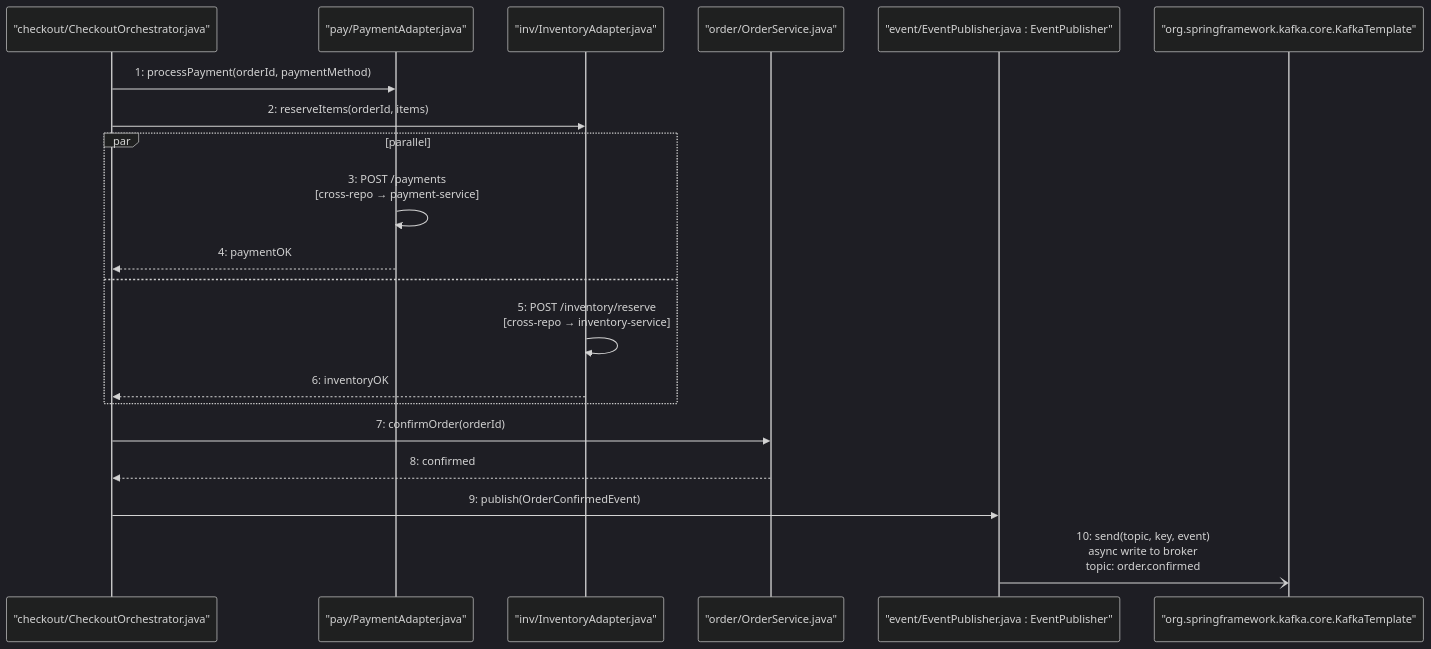
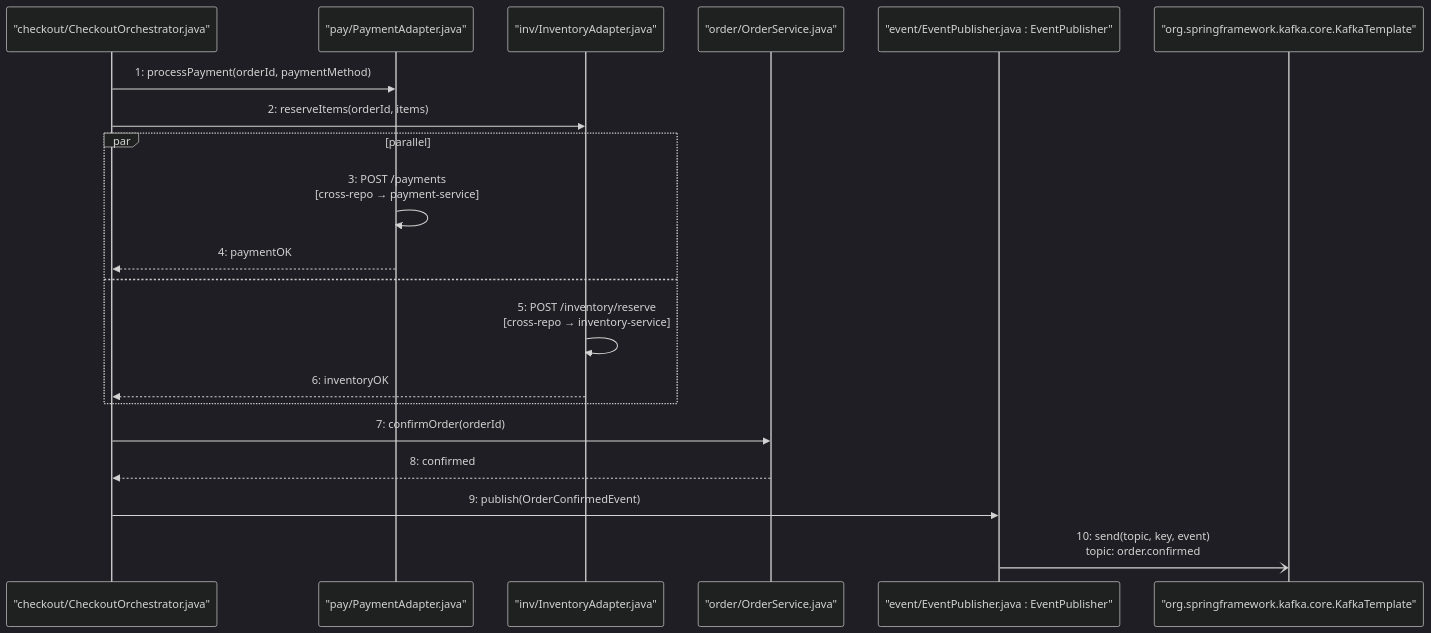
One commit to sjmyuan/gg-daily-workbench changed the third of 3 diagrams in skills/investigate-code/examples/progressive-zoom-in.md. Above: the diagram before and after it, drawn with Mermaid (dark theme). The commit also changed other lines of this file and 11 other files, not shown here.

````diff
--- a/skills/investigate-code/examples/progressive-zoom-in.md
+++ b/skills/investigate-code/examples/progressive-zoom-in.md
@@ -107,26 +76,22 @@
 ```mermaid
 sequenceDiagram
-    %% Level: code — cross-file / class
     participant Orch as "checkout/CheckoutOrchestrator.java"
     participant PayAdptr as "pay/PaymentAdapter.java"
     participant InvAdptr as "inv/InventoryAdapter.java"
     participant OrderSvc as "order/OrderService.java"
     participant Pub as "event/EventPublisher.java : EventPublisher"
     participant Kafka as "org.springframework.kafka.core.KafkaTemplate"
-
     Orch->>PayAdptr: 1: processPayment(orderId, paymentMethod)
     Orch->>InvAdptr: 2: reserveItems(orderId, items)
-
     par parallel
         PayAdptr->>PayAdptr: 3: POST /payments<br/>[cross-repo → payment-service]
         PayAdptr-->>Orch: 4: paymentOK
     and
         InvAdptr->>InvAdptr: 5: POST /inventory/reserve<br/>[cross-repo → inventory-service]
         InvAdptr-->>Orch: 6: inventoryOK
     end
-
     Orch->>OrderSvc: 7: confirmOrder(orderId)
     OrderSvc-->>Orch: 8: confirmed
     Orch->>Pub: 9: publish(OrderConfirmedEvent)
-    Pub-)Kafka: 10: send(topic, key, event)<br/>async write to broker<br/>topic: order.confirmed
+    Pub-)Kafka: 10: send(topic, key, event)<br/>topic: order.confirmed
 ```
````
